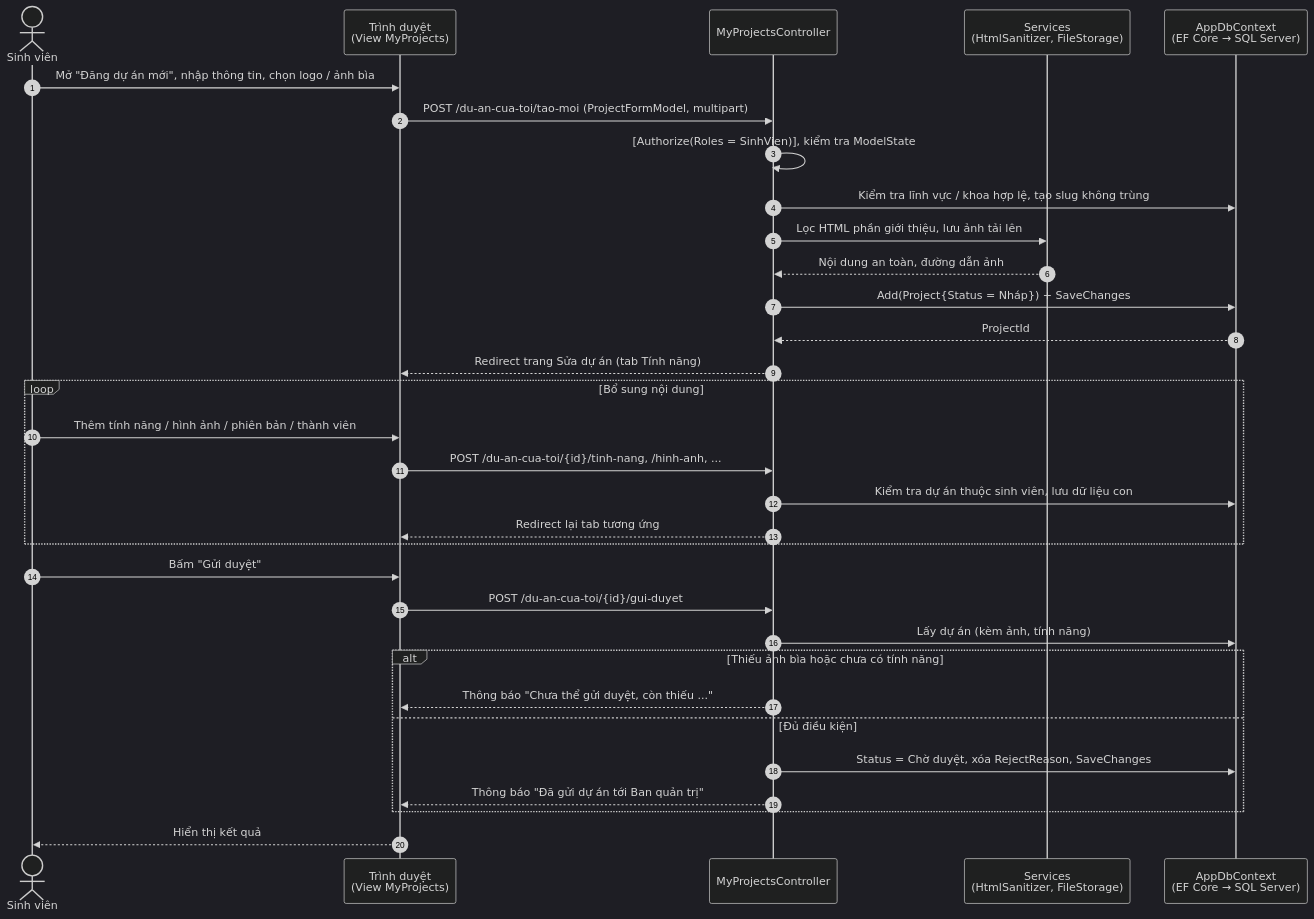
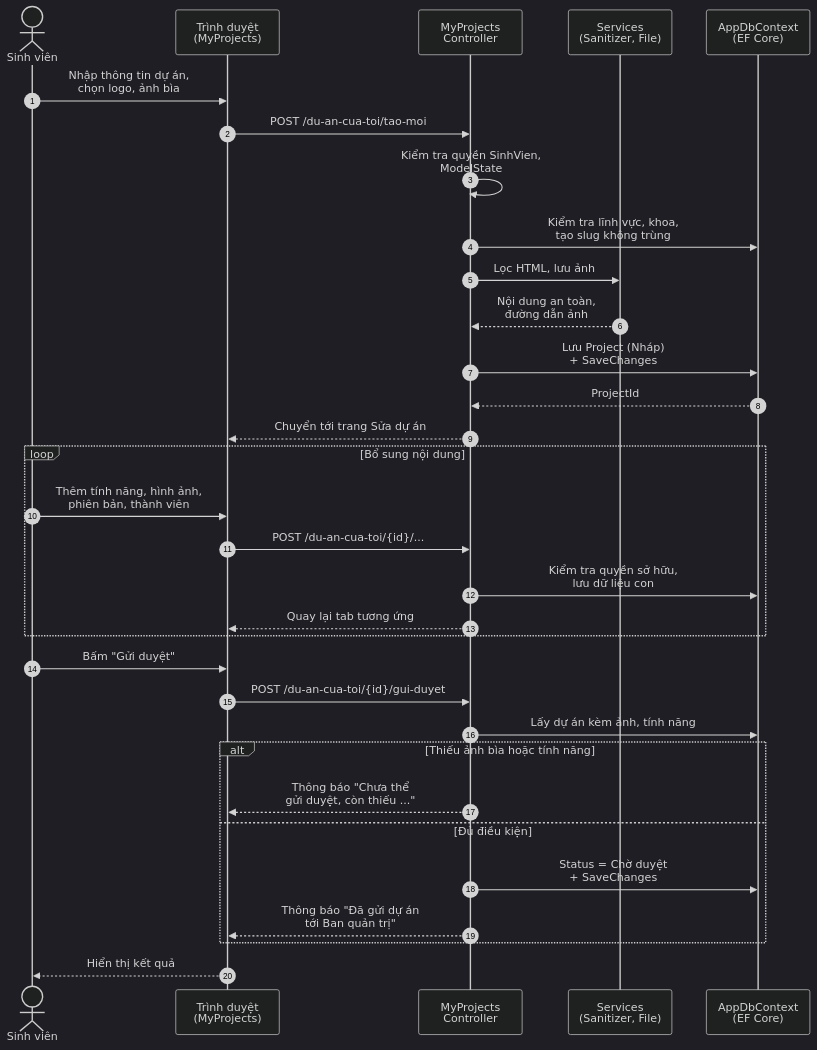
Before and after one commit to taophuong/TVU: the diagram in docs/diagrams/src/04_seq_dang_du_an.mmd, drawn with Mermaid (dark theme). The commit also changed 17 other files, not shown here.

First line of the commit message:
Bản nháp Chương 3 và Chương 5 (Markdown + Word), cải thiện sơ đồ

```diff
--- a/docs/diagrams/src/04_seq_dang_du_an.mmd
+++ b/docs/diagrams/src/04_seq_dang_du_an.mmd
@@ -1,35 +1,35 @@
 sequenceDiagram
     autonumber
     actor SV as Sinh viên
-    participant V as Trình duyệt<br/>(View MyProjects)
-    participant C as MyProjectsController
-    participant S as Services<br/>(HtmlSanitizer, FileStorage)
-    participant DB as AppDbContext<br/>(EF Core → SQL Server)
+    participant V as Trình duyệt<br/>(MyProjects)
+    participant C as MyProjects<br/>Controller
+    participant S as Services<br/>(Sanitizer, File)
+    participant DB as AppDbContext<br/>(EF Core)
 
-    SV->>V: Mở "Đăng dự án mới", nhập thông tin, chọn logo / ảnh bìa
-    V->>C: POST /du-an-cua-toi/tao-moi (ProjectFormModel, multipart)
-    C->>C: [Authorize(Roles = SinhVien)], kiểm tra ModelState
-    C->>DB: Kiểm tra lĩnh vực / khoa hợp lệ, tạo slug không trùng
-    C->>S: Lọc HTML phần giới thiệu, lưu ảnh tải lên
-    S-->>C: Nội dung an toàn, đường dẫn ảnh
-    C->>DB: Add(Project{Status = Nháp}) + SaveChanges
+    SV->>V: Nhập thông tin dự án,<br/>chọn logo, ảnh bìa
+    V->>C: POST /du-an-cua-toi/tao-moi
+    C->>C: Kiểm tra quyền SinhVien,<br/>ModelState
+    C->>DB: Kiểm tra lĩnh vực, khoa,<br/>tạo slug không trùng
+    C->>S: Lọc HTML, lưu ảnh
+    S-->>C: Nội dung an toàn,<br/>đường dẫn ảnh
+    C->>DB: Lưu Project (Nháp)<br/>+ SaveChanges
     DB-->>C: ProjectId
-    C-->>V: Redirect trang Sửa dự án (tab Tính năng)
+    C-->>V: Chuyển tới trang Sửa dự án
 
     loop Bổ sung nội dung
-        SV->>V: Thêm tính năng / hình ảnh / phiên bản / thành viên
-        V->>C: POST /du-an-cua-toi/{id}/tinh-nang, /hinh-anh, ...
-        C->>DB: Kiểm tra dự án thuộc sinh viên, lưu dữ liệu con
-        C-->>V: Redirect lại tab tương ứng
+        SV->>V: Thêm tính năng, hình ảnh,<br/>phiên bản, thành viên
+        V->>C: POST /du-an-cua-toi/{id}/...
+        C->>DB: Kiểm tra quyền sở hữu,<br/>lưu dữ liệu con
+        C-->>V: Quay lại tab tương ứng
     end
 
     SV->>V: Bấm "Gửi duyệt"
     V->>C: POST /du-an-cua-toi/{id}/gui-duyet
-    C->>DB: Lấy dự án (kèm ảnh, tính năng)
-    alt Thiếu ảnh bìa hoặc chưa có tính năng
-        C-->>V: Thông báo "Chưa thể gửi duyệt, còn thiếu ..."
+    C->>DB: Lấy dự án kèm ảnh, tính năng
+    alt Thiếu ảnh bìa hoặc tính năng
+        C-->>V: Thông báo "Chưa thể<br/>gửi duyệt, còn thiếu ..."
     else Đủ điều kiện
-        C->>DB: Status = Chờ duyệt, xóa RejectReason, SaveChanges
-        C-->>V: Thông báo "Đã gửi dự án tới Ban quản trị"
+        C->>DB: Status = Chờ duyệt<br/>+ SaveChanges
+        C-->>V: Thông báo "Đã gửi dự án<br/>tới Ban quản trị"
     end
     V-->>SV: Hiển thị kết quả
```
